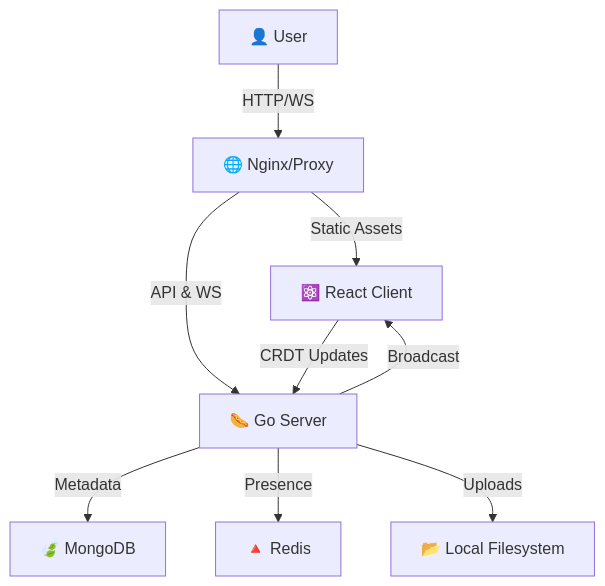
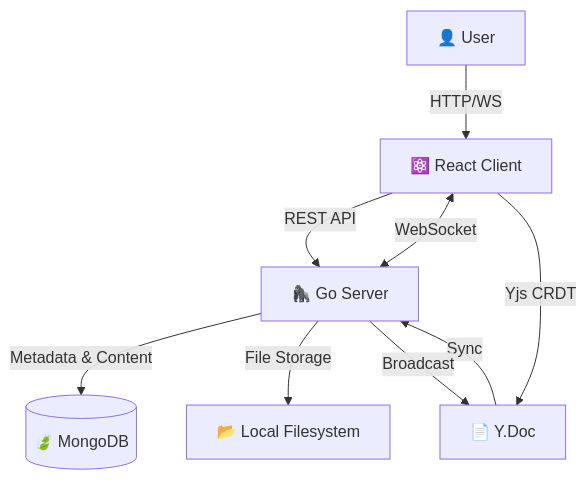
One commit to pranavdhawale/notex changed the diagram in README.md. Above: the diagram before and after it, drawn with Mermaid. The commit also changed other lines of this file, not shown here.

First line of the commit message:
docs: update README with architecture, features, and tech stack

````diff
--- a/README.md
+++ b/README.md
@@ -57,13 +109,13 @@
 ```mermaid
 graph TD
-    User[👤 User] -->|HTTP/WS| Nginx[🌐 Nginx/Proxy]
-    Nginx -->|Static Assets| Client[⚛️ React Client]
-    Nginx -->|API & WS| Server[🌭 Go Server]
-    
-    Client -- CRDT Updates --> Server
-    Server -- Broadcast --> Client
-    
-    Server -->|Metadata| Mongo[🍃 MongoDB]
-    Server -->|Presence| Redis[🔺 Redis]
-    Server -->|Uploads| FS[📂 Local Filesystem]
+    User[👤 User] -->|HTTP/WS| Client[⚛️ React Client]
+    Client -->|REST API| Server[🦍 Go Server]
+    Client <-->|WebSocket| Server
+
+    Server -->|Metadata & Content| Mongo[(🍃 MongoDB)]
+    Server -->|File Storage| FS[📂 Local Filesystem]
+
+    Client -->|Yjs CRDT| YjsDoc[📄 Y.Doc]
+    YjsDoc -->|Sync| Server
+    Server -->|Broadcast| YjsDoc
 ```
````
